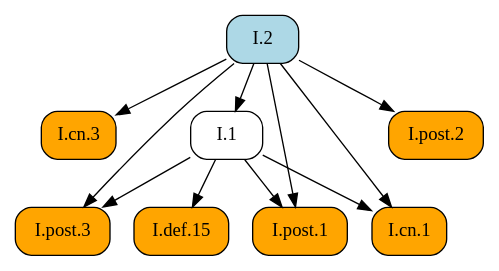
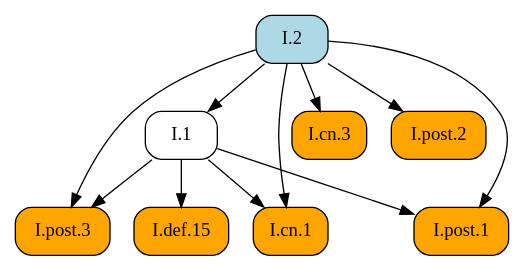
Before and after one commit to geometor/elements: the diagram in docsrc/heath/I/2/index.rst, drawn with Graphviz. The commit also changed other lines of this file and 1029 other files, not shown here.

```diff
--- a/docsrc/heath/I/2/index.rst
+++ b/docsrc/heath/I/2/index.rst
@@ -89,24 +89,24 @@
 .. graphviz::
 
    digraph {
      rankdir="TB";
      node [shape=box, style=rounded];
-     "I.cn.3" [style="rounded,filled", fillcolor=orange, URL="/heath/I/cn.3/", target="_top"];
+     "I.def.15" [style="rounded,filled", fillcolor=orange, URL="/heath/I/def.15/", target="_top"];
      "I.1" [URL="/heath/I/1/", target="_top"];
      "I.post.3" [style="rounded,filled", fillcolor=orange, URL="/heath/I/post.3/", target="_top"];
-     "I.def.15" [style="rounded,filled", fillcolor=orange, URL="/heath/I/def.15/", target="_top"];
-     "I.post.1" [style="rounded,filled", fillcolor=orange, URL="/heath/I/post.1/", target="_top"];
      "I.cn.1" [style="rounded,filled", fillcolor=orange, URL="/heath/I/cn.1/", target="_top"];
+     "I.cn.3" [style="rounded,filled", fillcolor=orange, URL="/heath/I/cn.3/", target="_top"];
      "I.post.2" [style="rounded,filled", fillcolor=orange, URL="/heath/I/post.2/", target="_top"];
      "I.2" [style="rounded,filled", fillcolor=lightblue, URL="/heath/I/2/", target="_top"];
-     "I.2" -> "I.cn.3";
+     "I.post.1" [style="rounded,filled", fillcolor=orange, URL="/heath/I/post.1/", target="_top"];
+     "I.1" -> "I.def.15";
      "I.2" -> "I.1";
      "I.1" -> "I.post.3";
      "I.2" -> "I.post.3";
-     "I.1" -> "I.def.15";
+     "I.1" -> "I.cn.1";
+     "I.2" -> "I.cn.1";
+     "I.2" -> "I.cn.3";
+     "I.2" -> "I.post.2";
      "I.1" -> "I.post.1";
      "I.2" -> "I.post.1";
-     "I.1" -> "I.cn.1";
-     "I.2" -> "I.cn.1";
-     "I.2" -> "I.post.2";
    }
```
